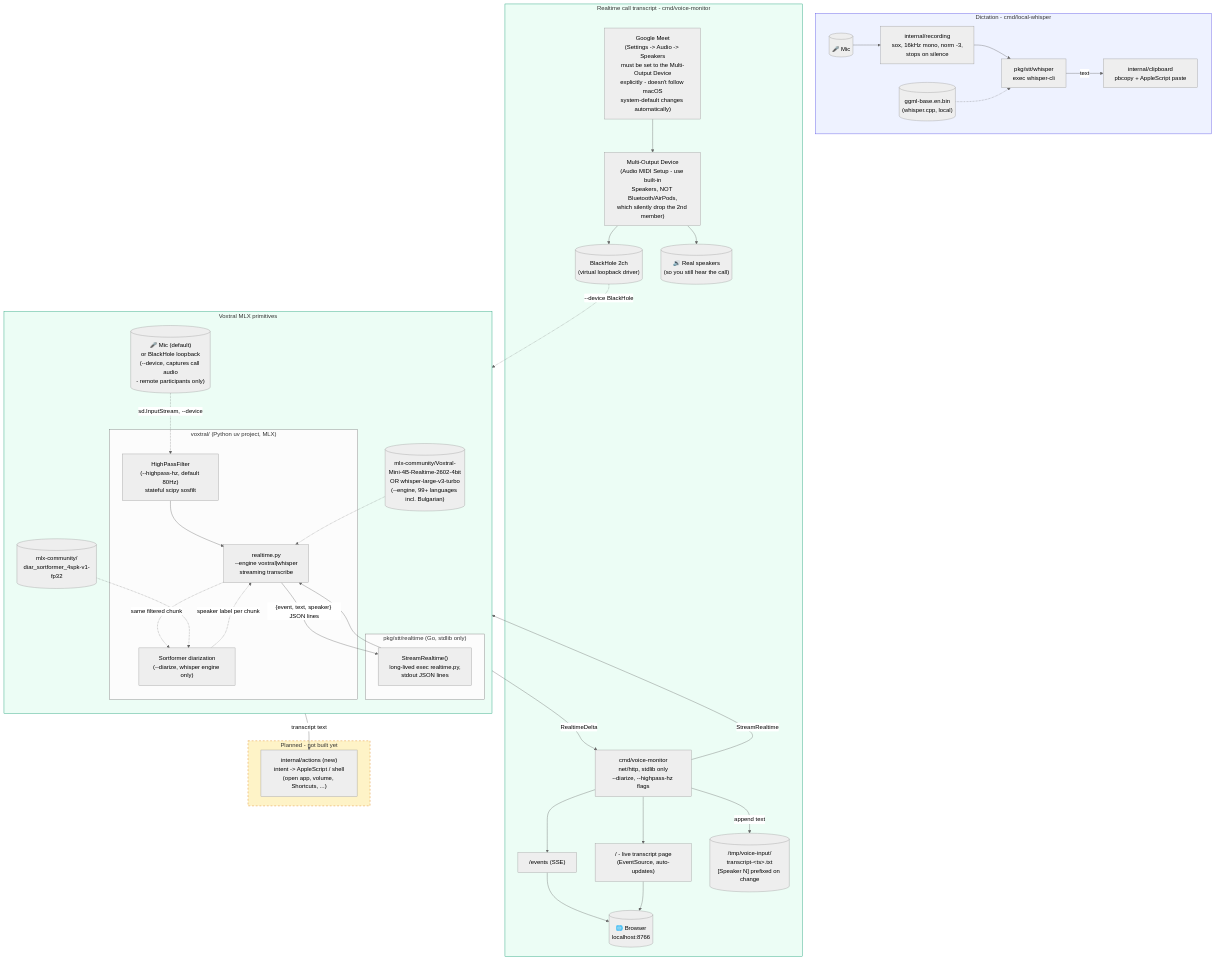
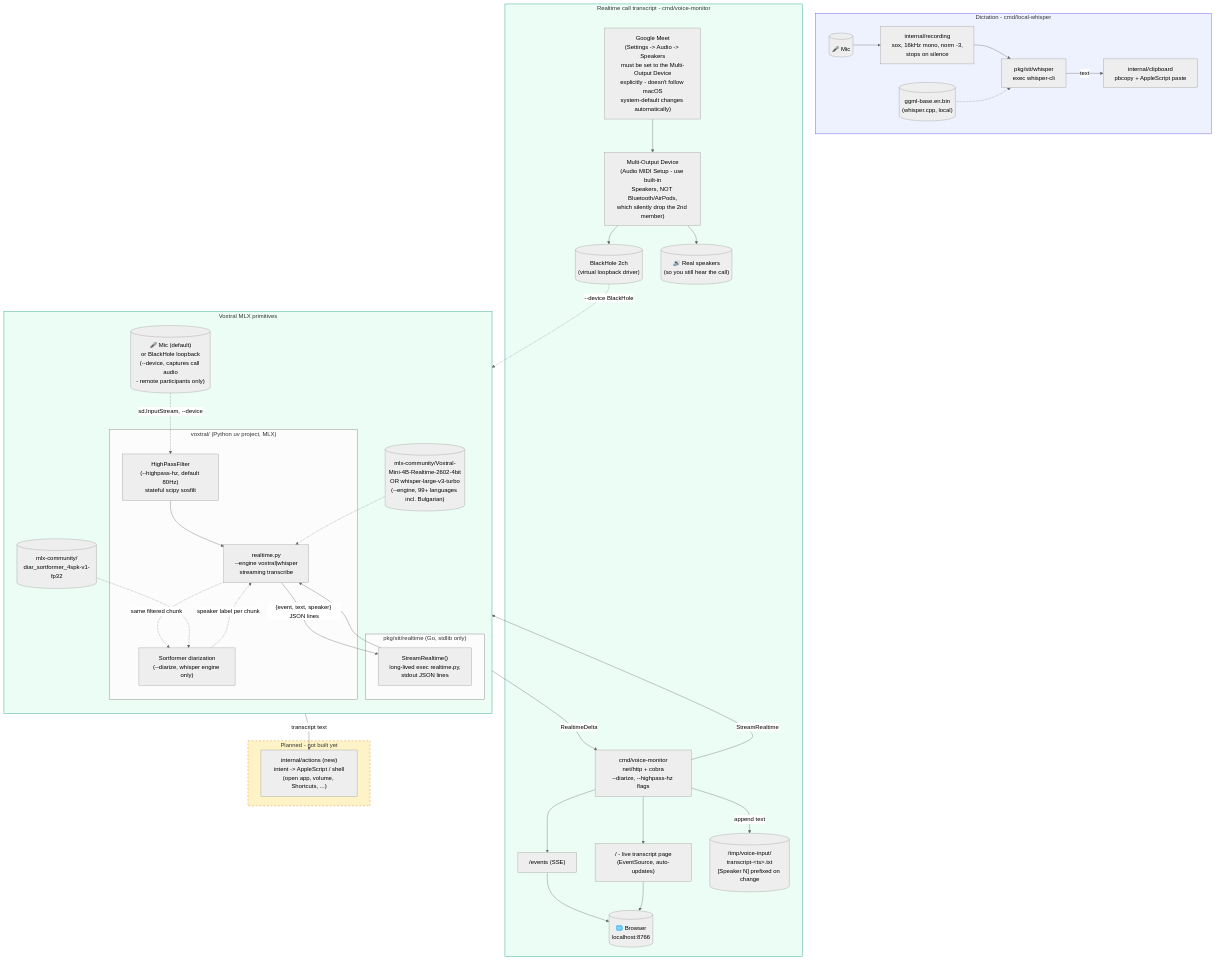
Before and after one commit to iksnerd/ava: the diagram in docs/voxtral-architecture.mmd, drawn with Mermaid. The commit also changed 6 other files, not shown here.

```diff
--- a/docs/voxtral-architecture.mmd
+++ b/docs/voxtral-architecture.mmd
@@ -1,79 +1,79 @@
 %%{init: {'theme': 'neutral'}}%%
 flowchart TB
 
     subgraph dictation["Dictation - cmd/local-whisper"]
         mic1[("🎤 Mic")]
         rec["internal/recording\nsox, 16kHz mono, norm -3,\nstops on silence"]
         wcli["pkg/stt/whisper\nexec whisper-cli"]
         model_w[("ggml-base.en.bin\n(whisper.cpp, local)")]
         clip["internal/clipboard\npbcopy + AppleScript paste"]
 
         mic1 --> rec --> wcli
         model_w -.-> wcli
         wcli -->|text| clip
     end
 
     subgraph realtime["Voxtral MLX primitives"]
         direction TB
 
         subgraph go_new["pkg/stt/realtime (Go, stdlib only)"]
             grt["StreamRealtime()\nlong-lived exec realtime.py,\nstdout JSON lines"]
         end
 
         subgraph py_new["voxtral/ (Python uv project, MLX)"]
             hpf["HighPassFilter\n(--highpass-hz, default 80Hz)\nstateful scipy sosfilt"]
             rt_py["realtime.py\n--engine voxtral|whisper\nstreaming transcribe"]
             diar_py["Sortformer diarization\n(--diarize, whisper engine only)"]
         end
 
         mic3[("🎤 Mic (default)\nor BlackHole loopback\n(--device, captures call audio\n- remote participants only)")]
 
         mw4brt[("mlx-community/Voxtral-Mini-4B-Realtime-2602-4bit\nOR whisper-large-v3-turbo\n(--engine, 99+ languages incl. Bulgarian)")]
         mdiar[("mlx-community/\ndiar_sortformer_4spk-v1-fp32")]
 
         grt --> rt_py
 
         mic3 -.->|sd.InputStream, --device| hpf --> rt_py
         rt_py -.->|same filtered chunk| diar_py
 
         mw4brt -.-> rt_py
         mdiar -.-> diar_py
 
         rt_py -->|"{event, text, speaker} JSON lines"| grt
         diar_py -.->|speaker label per chunk| rt_py
     end
 
     subgraph monitor["Realtime call transcript - cmd/voice-monitor"]
         meet["Google Meet\n(Settings -> Audio -> Speakers\nmust be set to the Multi-Output Device\nexplicitly - doesn't follow macOS\nsystem-default changes automatically)"]
         moutput["Multi-Output Device\n(Audio MIDI Setup - use built-in\nSpeakers, NOT Bluetooth/AirPods,\nwhich silently drop the 2nd member)"]
         blackhole[("BlackHole 2ch\n(virtual loopback driver)")]
         speakers[("🔊 Real speakers\n(so you still hear the call)")]
 
-        vm["cmd/voice-monitor\nnet/http, stdlib only\n--diarize, --highpass-hz flags"]
+        vm["cmd/voice-monitor\nnet/http + cobra\n--diarize, --highpass-hz flags"]
         sse["/events (SSE)"]
         page["/ - live transcript page\n(EventSource, auto-updates)"]
         logf[("/tmp/voice-input/\ntranscript-&lt;ts&gt;.txt\n[Speaker N] prefixed on change")]
         browser[("🌐 Browser\nlocalhost:8766")]
 
         meet --> moutput
         moutput --> blackhole
         moutput --> speakers
         blackhole -.->|"--device BlackHole"| mic3
 
         vm -->|StreamRealtime| grt
         grt -->|RealtimeDelta| vm
         vm --> sse --> browser
         vm --> page --> browser
         vm -->|append text| logf
     end
 
     subgraph planned["Planned - not built yet"]
         actions["internal/actions (new)\nintent -> AppleScript / shell\n(open app, volume, Shortcuts, ...)"]
 
         grt -->|transcript text| actions
     end
 
     style dictation fill:#eef2ff,stroke:#4f46e5
     style realtime fill:#ecfdf5,stroke:#059669
     style monitor fill:#ecfdf5,stroke:#059669
     style planned fill:#fef3c7,stroke:#d97706,stroke-dasharray: 5 5
```
